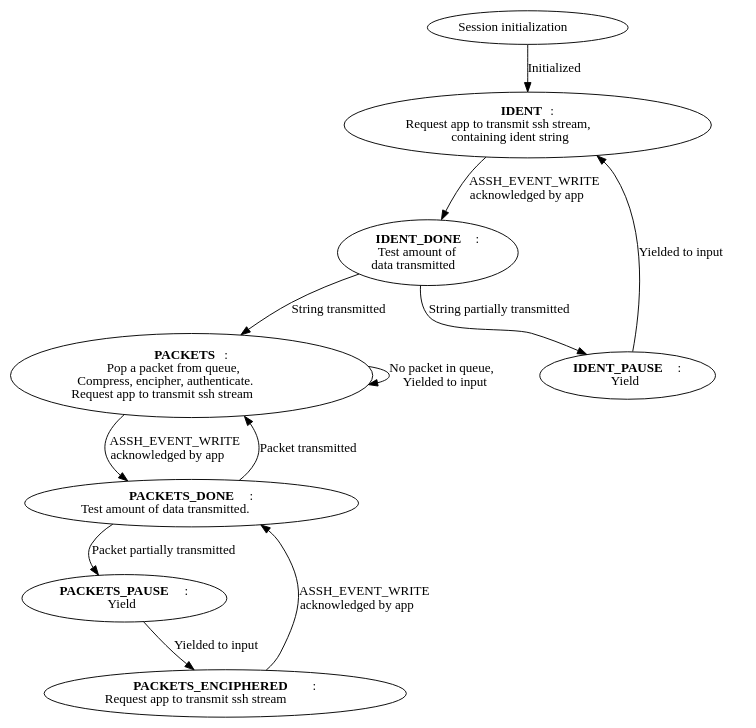
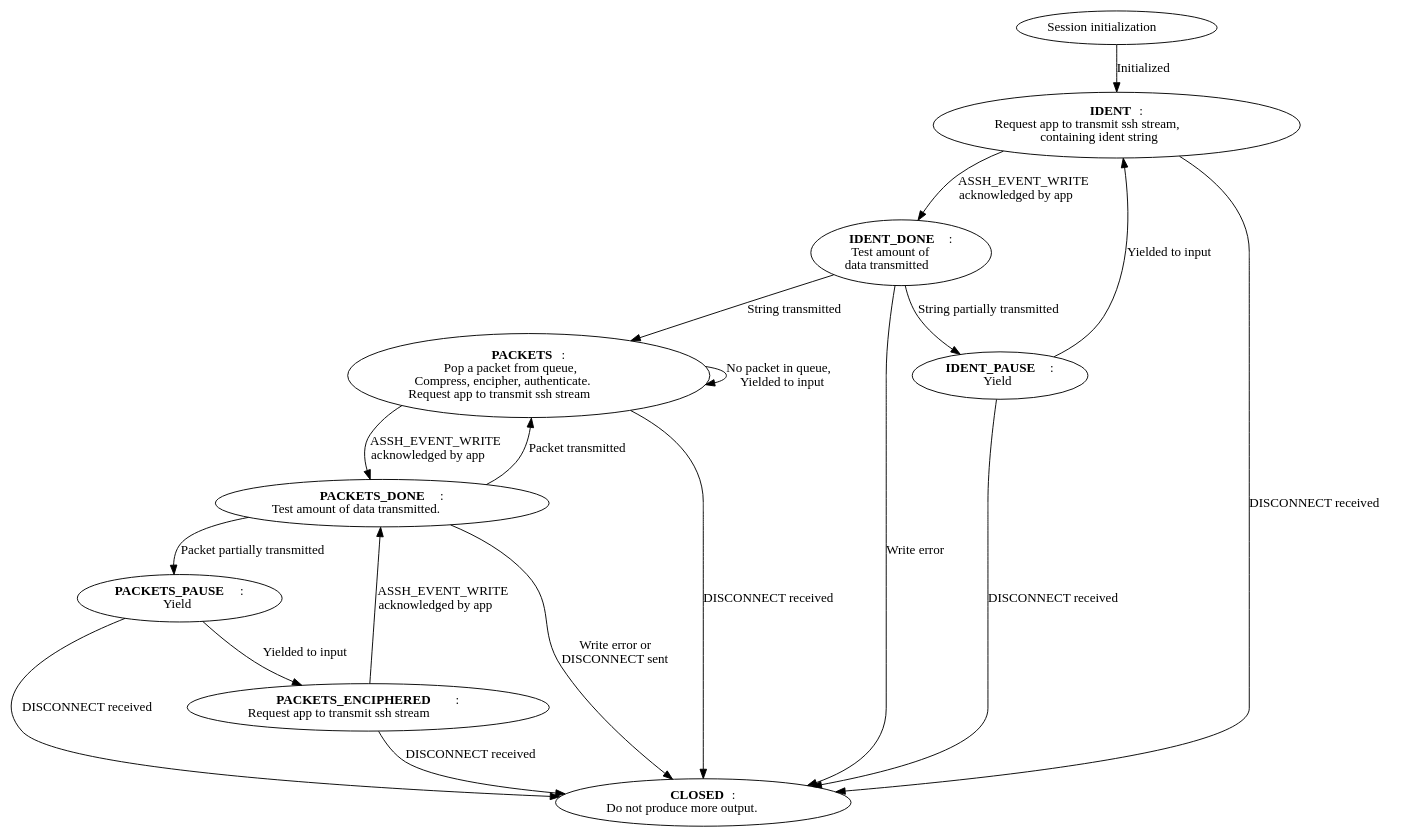
One commit to diaxen/libassh-mirror changed the diagram in doc/transport_out.dot. Above: the diagram before and after it, drawn with Graphviz. The commit also changed 18 other files, not shown here.

Commit message:
improved handling of session close, replaced the ASSH_TR_FIN main FSM state by the ASSH_TR_IN_CLOSED and ASSH_TR_OUT_CLOSED states in IO FSMs.

```diff
--- a/doc/transport_out.dot
+++ b/doc/transport_out.dot
@@ -1,36 +1,45 @@
 digraph {
   ASSH_init [label=<Session initialization>];
 
   ASSH_init -> ASSH_TR_OUT_IDENT [label=<Initialized>];
 
   ASSH_TR_OUT_IDENT [label=<<b>IDENT</b>:<br/>Request app to transmit ssh stream,<br/>containing ident string>];
 
   ASSH_TR_OUT_IDENT -> ASSH_TR_OUT_IDENT_DONE [label=<ASSH_EVENT_WRITE<br/>acknowledged by app>];
+  ASSH_TR_OUT_IDENT -> ASSH_TR_OUT_CLOSED [label=<DISCONNECT received>];
 
   ASSH_TR_OUT_IDENT_PAUSE [label=<<b>IDENT_PAUSE</b>:<br/>Yield>];
 
   ASSH_TR_OUT_IDENT_PAUSE -> ASSH_TR_OUT_IDENT [label=<Yielded to input>];
+  ASSH_TR_OUT_IDENT_PAUSE -> ASSH_TR_OUT_CLOSED [label=<DISCONNECT received>];
 
   ASSH_TR_OUT_IDENT_DONE [label=<<b>IDENT_DONE</b>:<br/>Test amount of<br/>data transmitted>];
 
   ASSH_TR_OUT_IDENT_DONE -> ASSH_TR_OUT_IDENT_PAUSE [label=<String partially transmitted>];
   ASSH_TR_OUT_IDENT_DONE -> ASSH_TR_OUT_PACKETS [label=<String transmitted>];
+  ASSH_TR_OUT_IDENT_DONE -> ASSH_TR_OUT_CLOSED [label=<Write error>];
 
   ASSH_TR_OUT_PACKETS [label=<<b>PACKETS</b>:<br/>Pop a packet from queue,<br/>Compress, encipher, authenticate.<br/>Request app to transmit ssh stream>];
 
   ASSH_TR_OUT_PACKETS -> ASSH_TR_OUT_PACKETS_DONE [label=<ASSH_EVENT_WRITE<br/>acknowledged by app>];
   ASSH_TR_OUT_PACKETS -> ASSH_TR_OUT_PACKETS [label=<No packet in queue,<br/>Yielded to input>];
+  ASSH_TR_OUT_PACKETS -> ASSH_TR_OUT_CLOSED [label=<DISCONNECT received>];
 
   ASSH_TR_OUT_PACKETS_PAUSE [label=<<b>PACKETS_PAUSE</b>:<br/>Yield>];
 
   ASSH_TR_OUT_PACKETS_PAUSE -> ASSH_TR_OUT_PACKETS_ENCIPHERED [label=<Yielded to input>];
+  ASSH_TR_OUT_PACKETS_PAUSE -> ASSH_TR_OUT_CLOSED [label=<DISCONNECT received>];
 
   ASSH_TR_OUT_PACKETS_ENCIPHERED [label=<<b>PACKETS_ENCIPHERED</b>:<br/>Request app to transmit ssh stream>];
 
   ASSH_TR_OUT_PACKETS_ENCIPHERED -> ASSH_TR_OUT_PACKETS_DONE [label=<ASSH_EVENT_WRITE<br/>acknowledged by app>];
+  ASSH_TR_OUT_PACKETS_ENCIPHERED -> ASSH_TR_OUT_CLOSED [label=<DISCONNECT received>];
 
   ASSH_TR_OUT_PACKETS_DONE [label=<<b>PACKETS_DONE</b>:<br/>Test amount of data transmitted.>];
 
   ASSH_TR_OUT_PACKETS_DONE -> ASSH_TR_OUT_PACKETS_PAUSE [label=<Packet partially transmitted>];
   ASSH_TR_OUT_PACKETS_DONE -> ASSH_TR_OUT_PACKETS [label=<Packet transmitted>];
+  ASSH_TR_OUT_PACKETS_DONE -> ASSH_TR_OUT_CLOSED [label=<Write error or<br/>DISCONNECT sent>];
+
+  ASSH_TR_OUT_CLOSED [label=<<b>CLOSED</b>:<br/>Do not produce more output.>];
 }
```
